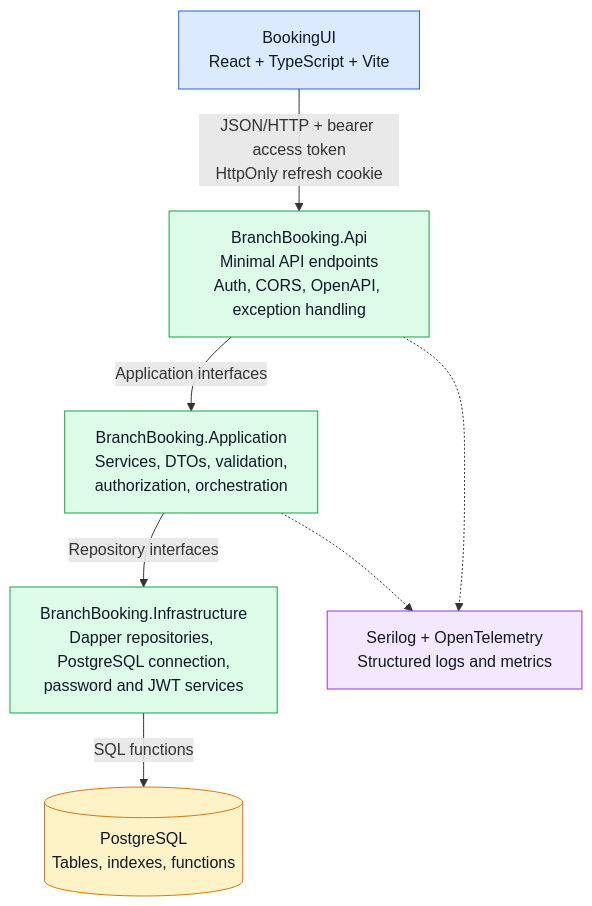
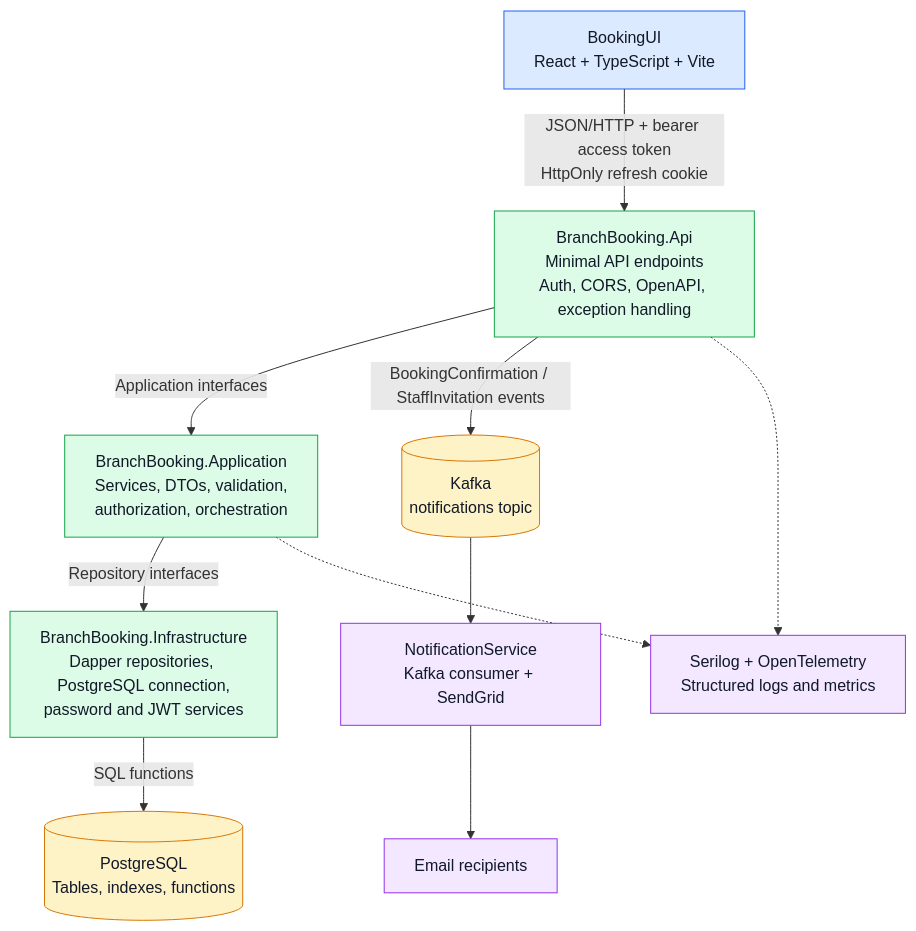
Before and after one commit to braiden14/BranchBookingSolution: the first of 2 diagrams in README.md, drawn with Mermaid. The commit also changed other lines of this file and 13 other files, not shown here.

Commit message:
kafka development set up and publishing of notifications for notification service

````diff
--- a/README.md
+++ b/README.md
@@ -86,26 +88,34 @@
 ```mermaid
 flowchart TB
     UI["BookingUI<br/>React + TypeScript + Vite"]
     API["BranchBooking.Api<br/>Minimal API endpoints<br/>Auth, CORS, OpenAPI, exception handling"]
     APP["BranchBooking.Application<br/>Services, DTOs, validation,<br/>authorization, orchestration"]
     INFRA["BranchBooking.Infrastructure<br/>Dapper repositories, PostgreSQL connection,<br/>password and JWT services"]
     DB[("PostgreSQL<br/>Tables, indexes, functions")]
+    KAFKA[(Kafka<br/>notifications topic)]
+    NOTIFY["NotificationService<br/>Kafka consumer + SendGrid"]
+    EMAIL["Email recipients"]
     OBS["Serilog + OpenTelemetry<br/>Structured logs and metrics"]
 
     UI -->|"JSON/HTTP + bearer access token<br/>HttpOnly refresh cookie"| API
     API -->|"Application interfaces"| APP
     APP -->|"Repository interfaces"| INFRA
     INFRA -->|"SQL functions"| DB
+    API -->|"BookingConfirmation / StaffInvitation events"| KAFKA
+    KAFKA --> NOTIFY
+    NOTIFY --> EMAIL
     API -.-> OBS
     APP -.-> OBS
 
     classDef frontend fill:#dbeafe,stroke:#2563eb,color:#111827
     classDef backend fill:#dcfce7,stroke:#16a34a,color:#111827
     classDef data fill:#fef3c7,stroke:#d97706,color:#111827
     classDef observability fill:#f3e8ff,stroke:#9333ea,color:#111827
 
     class UI frontend
     class API,APP,INFRA backend
+    class KAFKA data
+    class NOTIFY,EMAIL observability
     class DB data
     class OBS observability
 ```
````
